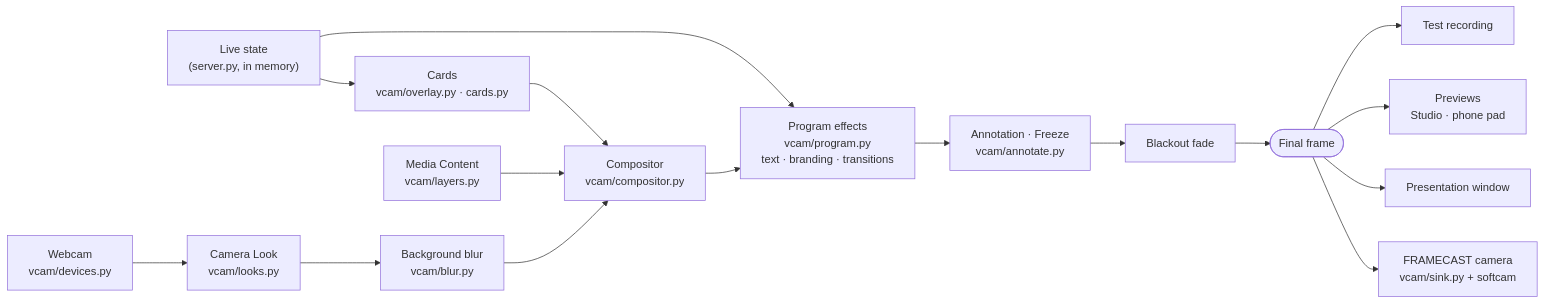
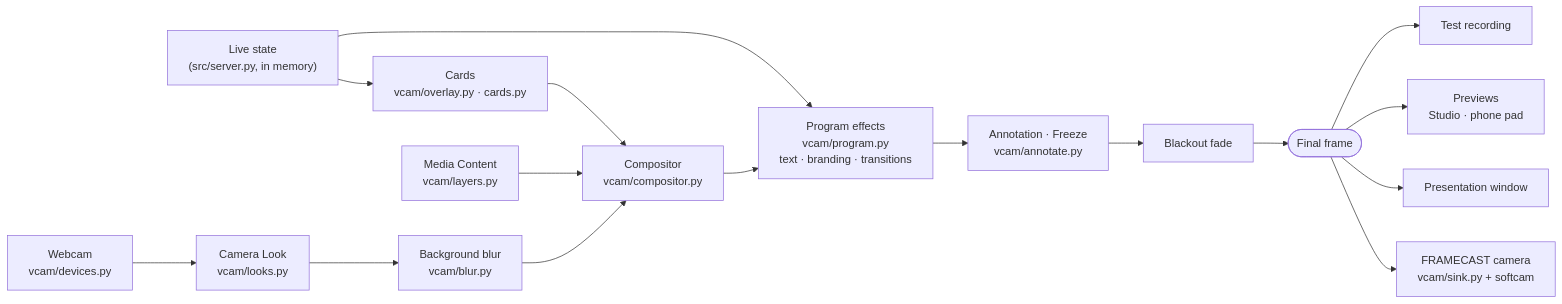
Before and after one commit to mshobin/FrameDecks: the third of 8 diagrams in docs/ARCHITECTURE.md, drawn with Mermaid. The commit also changed other lines of this file and 109 other files, not shown here.

First line of the commit message:
Reorganize root: Python modules to src/, community docs to .github/, licences to legal/, changelog and roadmap to docs/, ruff config to config/

````diff
--- a/docs/ARCHITECTURE.md
+++ b/docs/ARCHITECTURE.md
@@ -101,15 +101,15 @@
 ```mermaid
 flowchart LR
-  ST["Live state<br/>(server.py, in memory)"] --> OV["Cards<br/>vcam/overlay.py · cards.py"]
+  ST["Live state<br/>(src/server.py, in memory)"] --> OV["Cards<br/>vcam/overlay.py · cards.py"]
   ST --> PF["Program effects<br/>vcam/program.py<br/>text · branding · transitions"]
   CAM["Webcam<br/>vcam/devices.py"] --> LK["Camera Look<br/>vcam/looks.py"] --> BL["Background blur<br/>vcam/blur.py"]
   BL --> CMP["Compositor<br/>vcam/compositor.py"]
   MED["Media Content<br/>vcam/layers.py"] --> CMP
   OV --> CMP
   CMP --> PF --> INK["Annotation · Freeze<br/>vcam/annotate.py"] --> BLK["Blackout fade"]
   BLK --> FINAL(["Final frame"])
   FINAL --> SINK["FRAMECAST camera<br/>vcam/sink.py + softcam"]
   FINAL --> PW["Presentation window"]
   FINAL --> PV["Previews<br/>Studio · phone pad"]
   FINAL --> REC["Test recording"]
 ```
````
